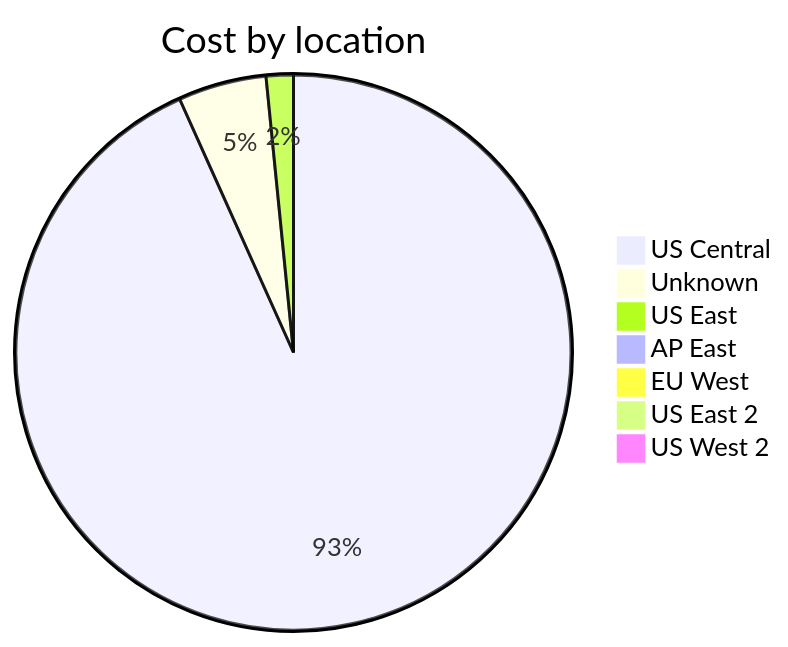
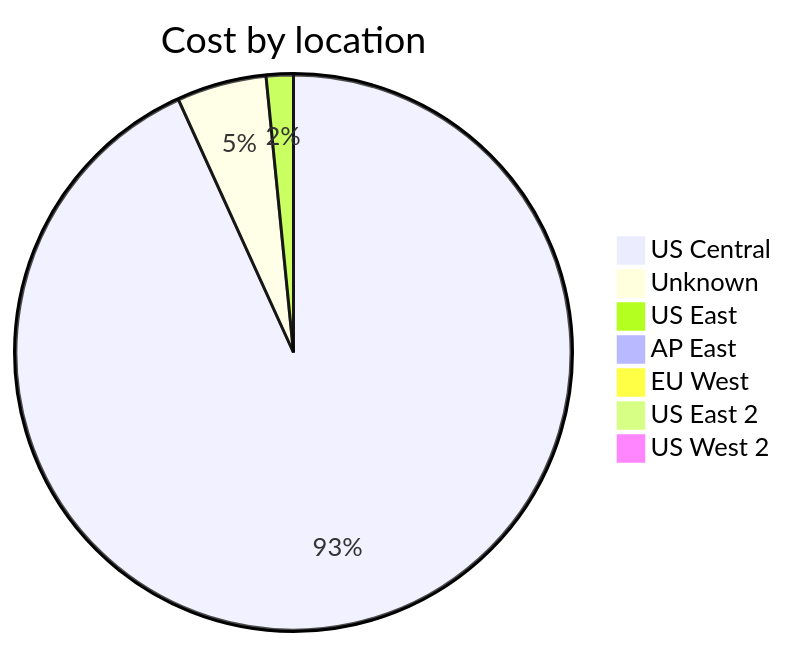
The third of 4 diagrams in cost-reports/accumulated-cost.md (jpfulton/azure-personal-reports), drawn with Mermaid before and after one commit. The commit also changed other lines of this file and 4 other files, not shown here.

````diff
--- a/cost-reports/accumulated-cost.md
+++ b/cost-reports/accumulated-cost.md
@@ -121,11 +121,11 @@
 ```mermaid
 pie
    title Cost by location
-   "US Central" : 7.08
-   "Unknown" : 0.39
-   "US East" : 0.12
+   "US Central" : 7.68
+   "Unknown" : 0.43
+   "US East" : 0.13
    "AP East" : 0.00
    "EU West" : 0.00
    "US East 2" : 0.00
    "US West 2" : 0.00
 ```
````
